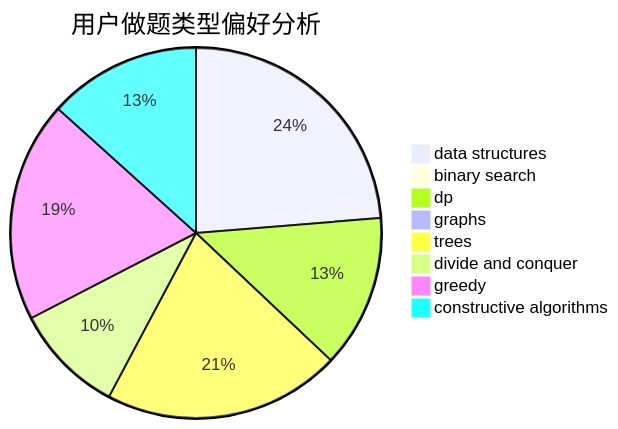
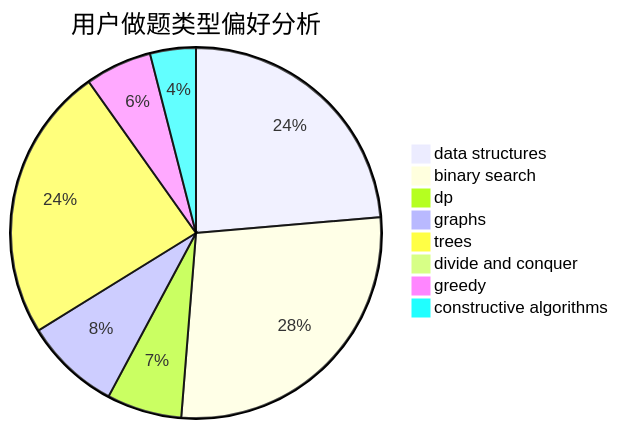
The second of 3 diagrams in docs/user/u2640.md (sherpahu/cfrs.github.io), drawn with Mermaid before and after one commit. The commit also changed other lines of this file and 2770 other files, not shown here.

````diff
--- a/docs/user/u2640.md
+++ b/docs/user/u2640.md
@@ -23,11 +23,11 @@
 ```mermaid
 pie title 用户做题类型偏好分析
-    "data structures" :  32
-    "binary search" :  1
+    "data structures" :  65
+    "binary search" :  76
     "dp" :  18
-    "graphs" :  0
-    "trees" :  28
-    "divide and conquer" :  13
-    "greedy" :  26
-    "constructive algorithms" :  18
+    "graphs" :  23
+    "trees" :  66
+    "divide and conquer" :  1
+    "greedy" :  16
+    "constructive algorithms" :  11
 ```
````
